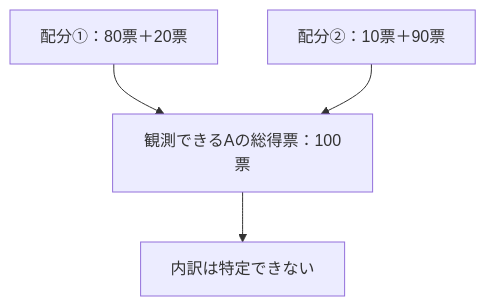
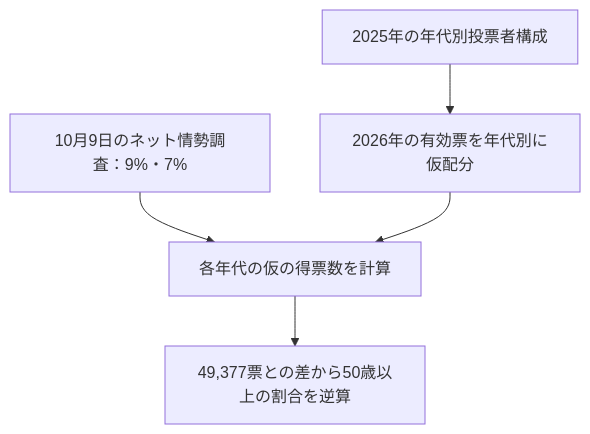
One commit to Osino-Niso/econ-data-lab changed the diagram in articles/election-age-aggregate.md. Above: the diagram before and after it, drawn with Mermaid. The commit also changed other lines of this file and 2 other files, not shown here.

````diff
--- a/articles/election-age-aggregate.md
+++ b/articles/election-age-aggregate.md
@@ -69,6 +238,7 @@
 ```mermaid
 flowchart TD
-    A["配分①：80票＋20票"] --> T["観測できるAの総得票：100票"]
-    B["配分②：10票＋90票"] --> T
-    T --> C["内訳は特定できない"]
+  A["2025年の年代別投票者構成"] --> C["2026年の有効票を年代別に仮配分"]
+  B["10月9日のネット情勢調査：9%・7%"] --> D["各年代の仮の得票数を計算"]
+  C --> D
+  D --> E["49,377票との差から50歳以上の割合を逆算"]
 ```
````
